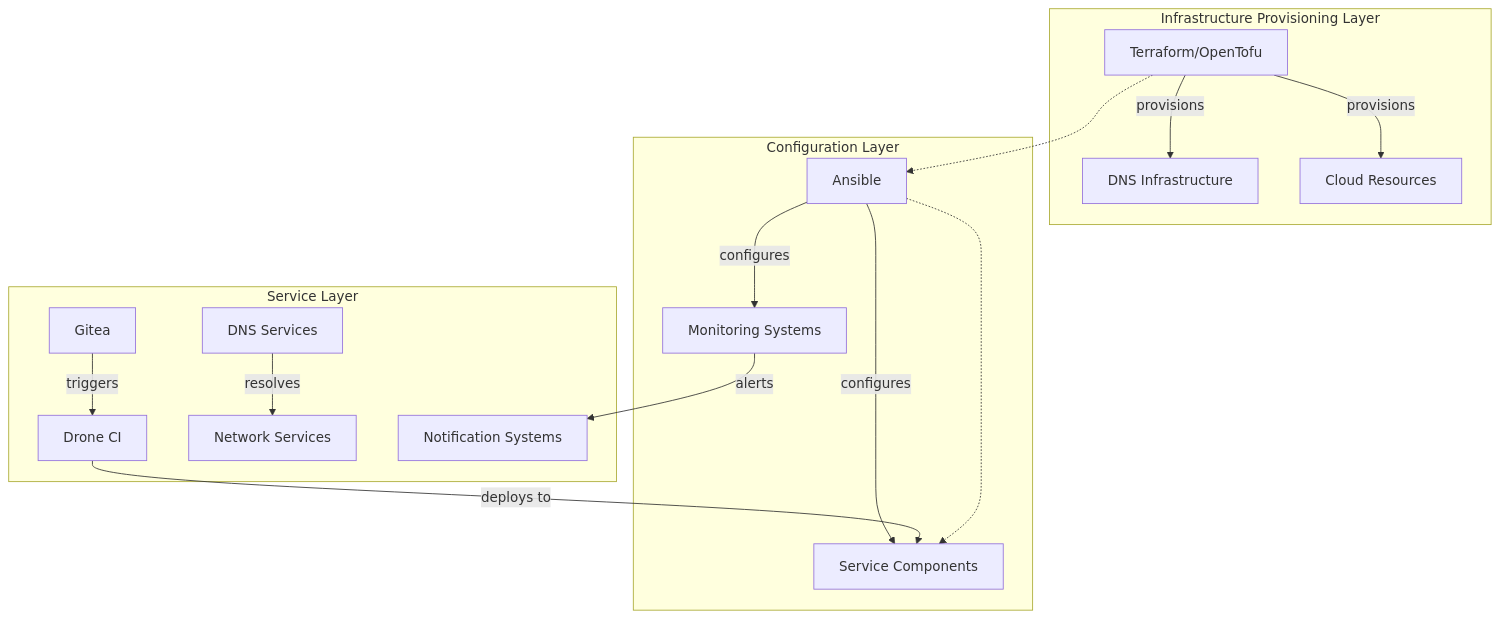
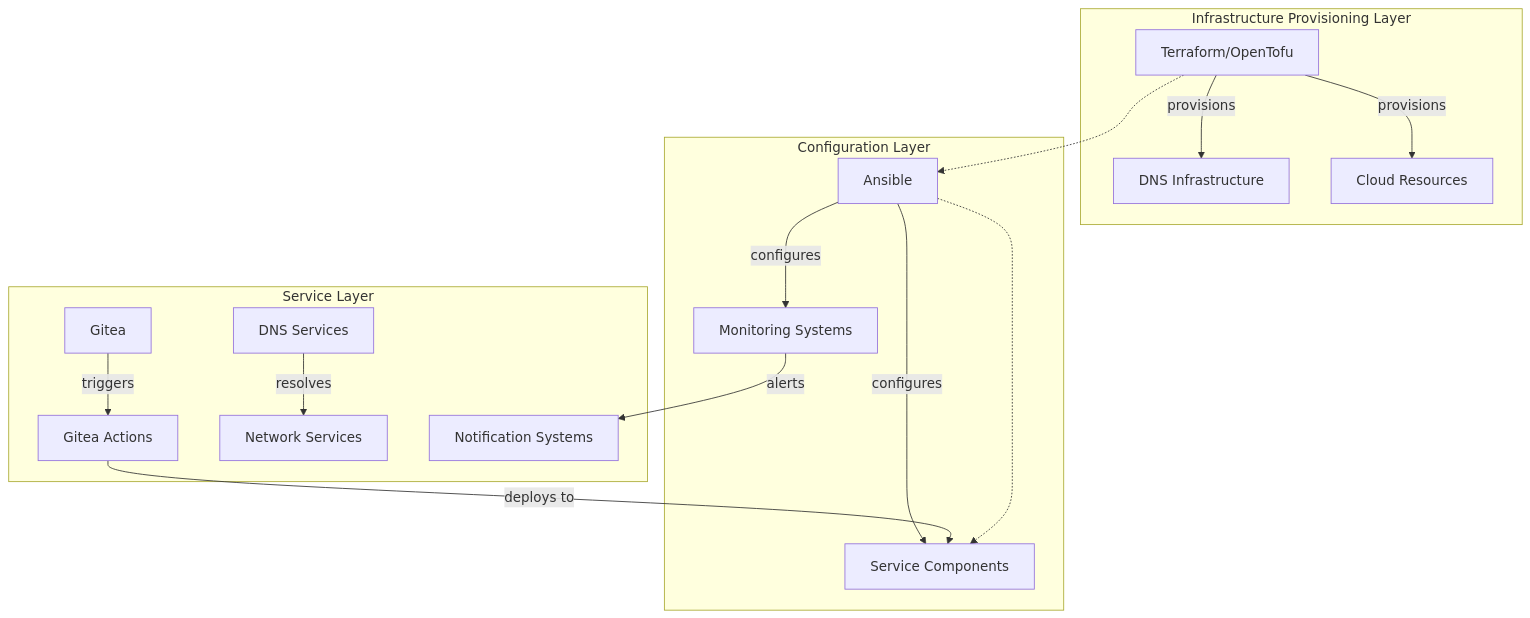
One commit to bdruth/homelab-infra changed the first of 2 diagrams in memory-bank/systemPatterns.md. Above: the diagram before and after it, drawn with Mermaid. The commit also changed other lines of this file and 2 other files, not shown here.

First line of the commit message:
Migrate DNS infrastructure pipeline from Drone CI to Gitea Actions

````diff
--- a/memory-bank/systemPatterns.md
+++ b/memory-bank/systemPatterns.md
@@ -7,22 +7,22 @@
 ```mermaid
 graph TD
     subgraph "Infrastructure Provisioning Layer"
         TF[Terraform/OpenTofu] --> |provisions| DNS[DNS Infrastructure]
         TF --> |provisions| Cloud[Cloud Resources]
     end
 
     subgraph "Configuration Layer"
         Ansible[Ansible] --> |configures| Services[Service Components]
         Ansible --> |configures| Monitoring[Monitoring Systems]
     end
 
     subgraph "Service Layer"
-        Git[Gitea] --> |triggers| CI[Drone CI]
-        CI --> |deploys to| Services
+        Git[Gitea] --> |triggers| GiteaActions[Gitea Actions]
+        GiteaActions --> |deploys to| Services
         DNS_Services[DNS Services] --> |resolves| Network[Network Services]
         Monitoring --> |alerts| Notification[Notification Systems]
     end
 
     TF -.-> Ansible
     Ansible -.-> Services
 ```
````
